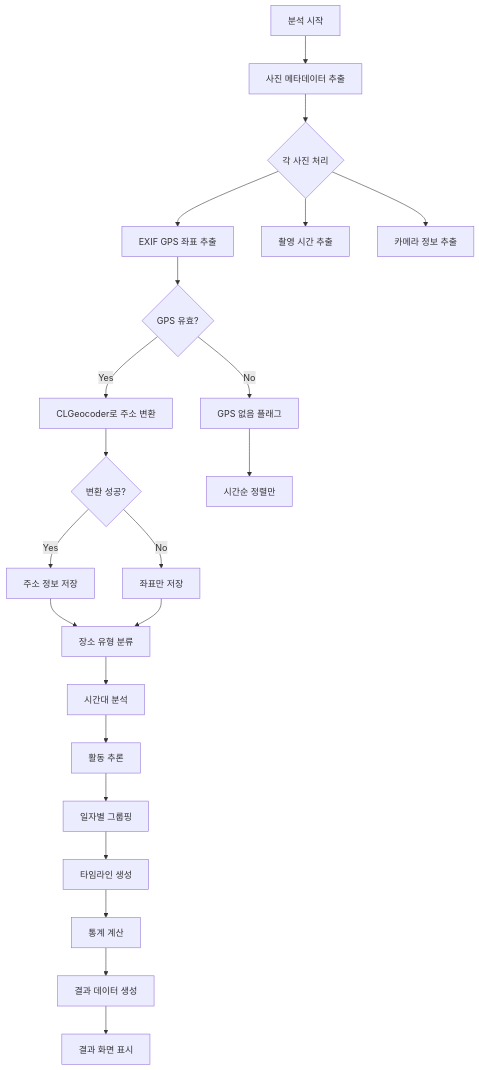
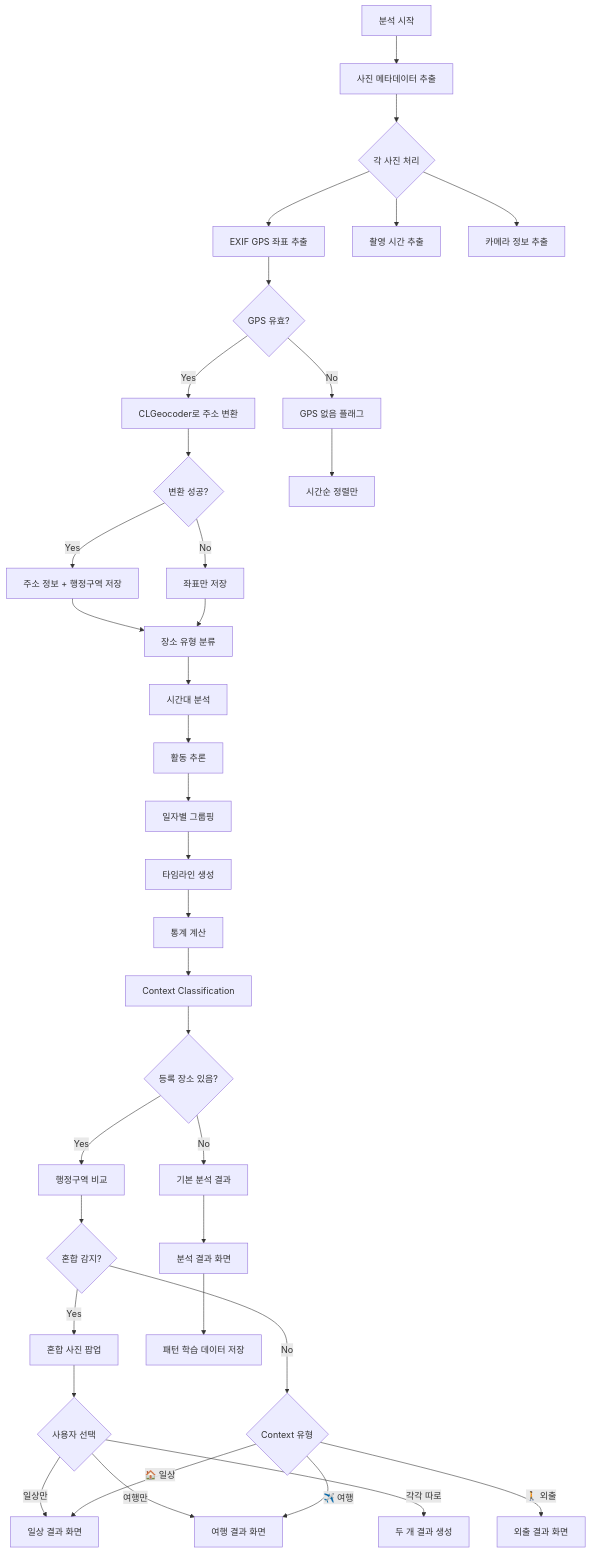
The third of 3 diagrams in Ref-Concepts/ui-scenarios/tab-home/home-create-flow.md (leonardo204/Wander), drawn with Mermaid before and after one commit. The commit also changed other lines of this file and 30 other files, not shown here.

First line of the commit message:
[Feature] Context Classification v3.2 전면 도입 (H3 + DBSCAN + Context-aware UI)

````diff
--- a/Ref-Concepts/ui-scenarios/tab-home/home-create-flow.md
+++ b/Ref-Concepts/ui-scenarios/tab-home/home-create-flow.md
@@ -215,32 +242,50 @@
 ```mermaid
 flowchart TD
     A[분석 시작] --> B[사진 메타데이터 추출]
 
     B --> C{각 사진 처리}
     C --> D[EXIF GPS 좌표 추출]
     C --> E[촬영 시간 추출]
     C --> F[카메라 정보 추출]
 
     D --> G{GPS 유효?}
     G -->|Yes| H[CLGeocoder로 주소 변환]
     G -->|No| I[GPS 없음 플래그]
 
     H --> J{변환 성공?}
-    J -->|Yes| K[주소 정보 저장]
+    J -->|Yes| K[주소 정보 + 행정구역 저장]
     J -->|No| L[좌표만 저장]
 
     K --> M[장소 유형 분류]
     L --> M
     I --> N[시간순 정렬만]
 
     M --> O[시간대 분석]
     O --> P[활동 추론]
 
     P --> Q[일자별 그룹핑]
     Q --> R[타임라인 생성]
 
     R --> S[통계 계산]
-    S --> T[결과 데이터 생성]
+    S --> CTX[Context Classification]
 
-    T --> U[결과 화면 표시]
+    CTX --> CTX1{등록 장소 있음?}
+    CTX1 -->|Yes| CTX2[행정구역 비교]
+    CTX1 -->|No| CTX3[기본 분석 결과]
+
+    CTX2 --> CTX4{혼합 감지?}
+    CTX4 -->|Yes| MIX[혼합 사진 팝업]
+    CTX4 -->|No| CTX5{Context 유형}
+
+    MIX --> MIX1{사용자 선택}
+    MIX1 -->|일상만| DAILY[일상 결과 화면]
+    MIX1 -->|여행만| TRAVEL[여행 결과 화면]
+    MIX1 -->|각각 따로| BOTH[두 개 결과 생성]
+
+    CTX5 -->|🏠 일상| DAILY
+    CTX5 -->|🚶 외출| OUTING[외출 결과 화면]
+    CTX5 -->|✈️ 여행| TRAVEL
+
+    CTX3 --> NEUTRAL[분석 결과 화면]
+    NEUTRAL --> LEARN[패턴 학습 데이터 저장]
 ```
````
